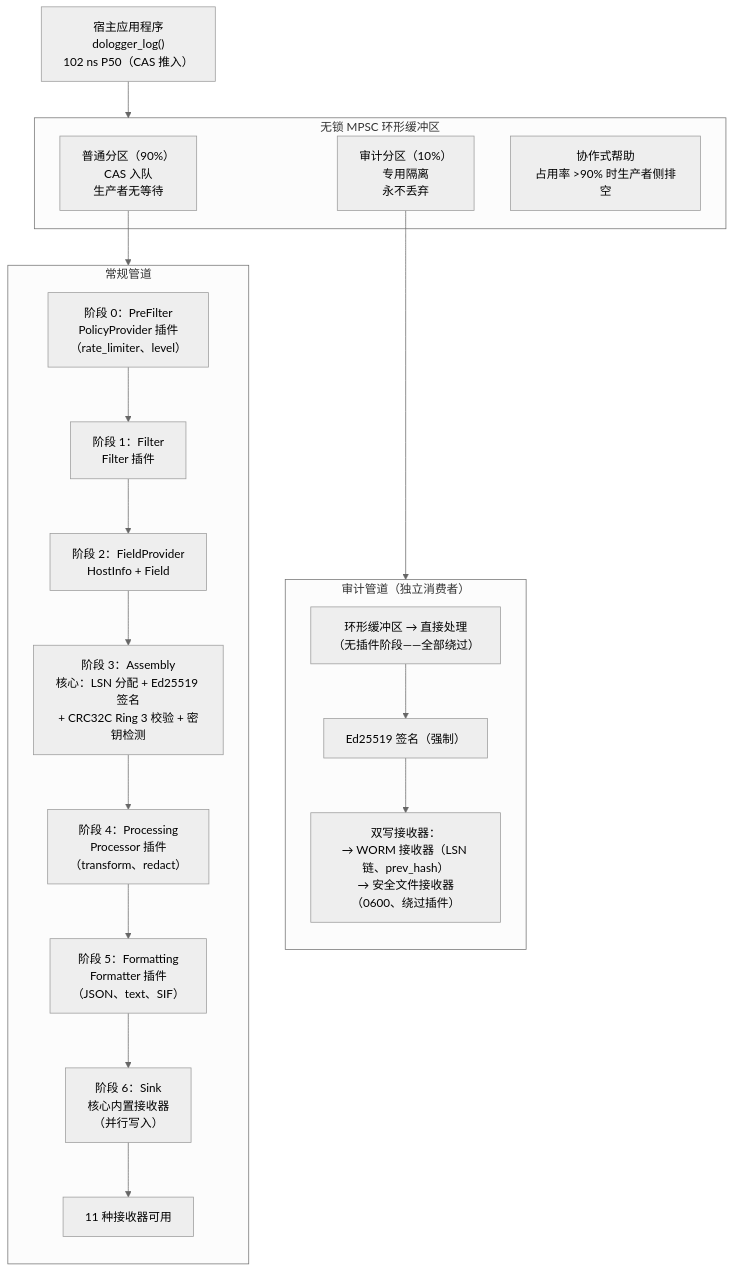
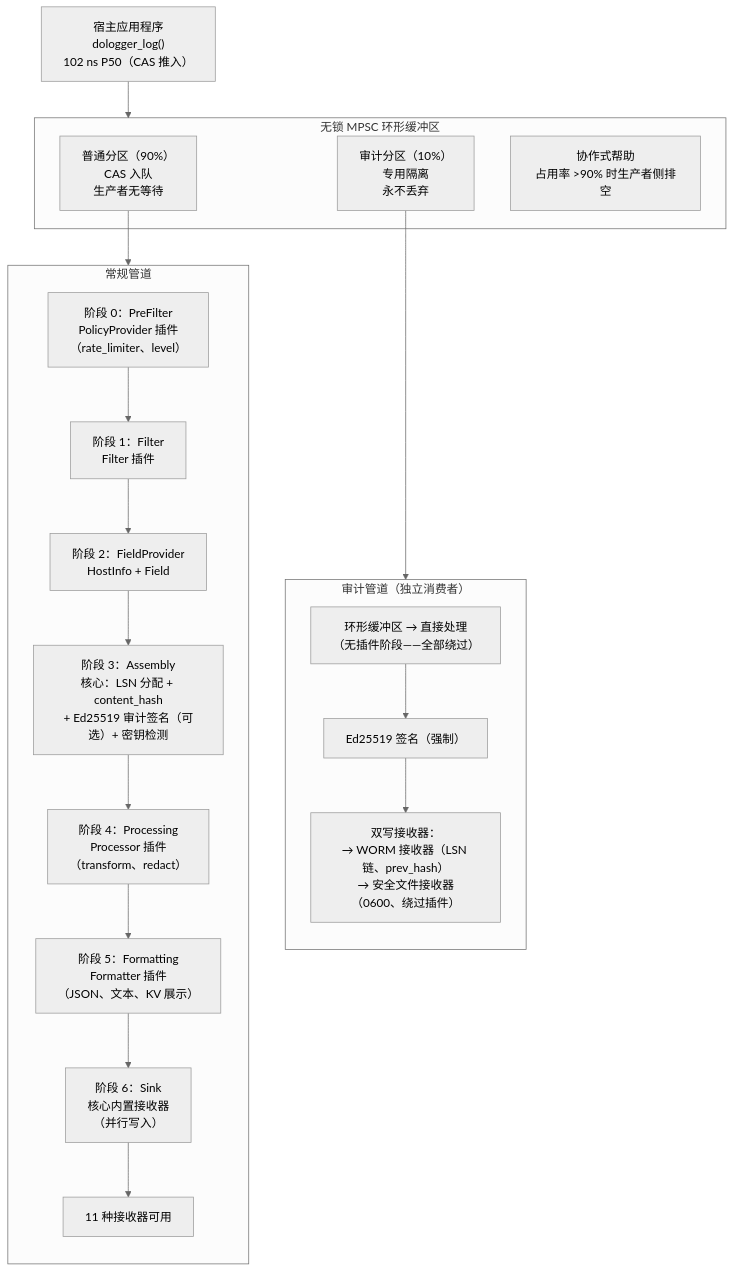
Before and after one commit to nekolio/DoLogger: the first of 11 diagrams in docs/zh_CN/ArchitectureReference.md, drawn with Mermaid (neutral theme). The commit also changed other lines of this file and 66 other files, not shown here.

````diff
--- a/docs/zh_CN/ArchitectureReference.md
+++ b/docs/zh_CN/ArchitectureReference.md
@@ -58,30 +58,30 @@
 ```mermaid
 flowchart TD
     A["宿主应用程序<br/>dologger_log()<br/>102 ns P50（CAS 推入）"] --> RB
 
     subgraph RB["无锁 MPSC 环形缓冲区"]
         B1["普通分区（90%）<br/>CAS 入队<br/>生产者无等待"]
         B2["审计分区（10%）<br/>专用隔离<br/>永不丢弃"]
         B3["协作式帮助<br/>占用率 >90% 时生产者侧排空"]
     end
 
     B1 --> RP
     B2 --> AP
 
     subgraph RP["常规管道"]
         direction TB
         C0["阶段 0：PreFilter<br/>PolicyProvider 插件<br/>（rate_limiter、level）"] --> C1["阶段 1：Filter<br/>Filter 插件"]
         C1 --> C2["阶段 2：FieldProvider<br/>HostInfo + Field"]
-        C2 --> C3["阶段 3：Assembly<br/>核心：LSN 分配 + Ed25519 签名<br/>+ CRC32C Ring 3 校验 + 密钥检测"]
+        C2 --> C3["阶段 3：Assembly<br/>核心：LSN 分配 + content_hash<br/>+ Ed25519 审计签名（可选）+ 密钥检测"]
         C3 --> C4["阶段 4：Processing<br/>Processor 插件<br/>（transform、redact）"]
-        C4 --> C5["阶段 5：Formatting<br/>Formatter 插件<br/>（JSON、text、SIF）"]
+        C4 --> C5["阶段 5：Formatting<br/>Formatter 插件<br/>（JSON、文本、KV 展示）"]
         C5 --> C6["阶段 6：Sink<br/>核心内置接收器<br/>（并行写入）"]
         C6 --> C7["11 种接收器可用"]
     end
 
     subgraph AP["审计管道（独立消费者）"]
         direction TB
         D1["环形缓冲区 → 直接处理<br/>（无插件阶段——全部绕过）"] --> D2["Ed25519 签名（强制）"]
         D2 --> D3["双写接收器：<br/>→ WORM 接收器（LSN 链、prev_hash）<br/>→ 安全文件接收器（0600、绕过插件）"]
     end
 ```
````
